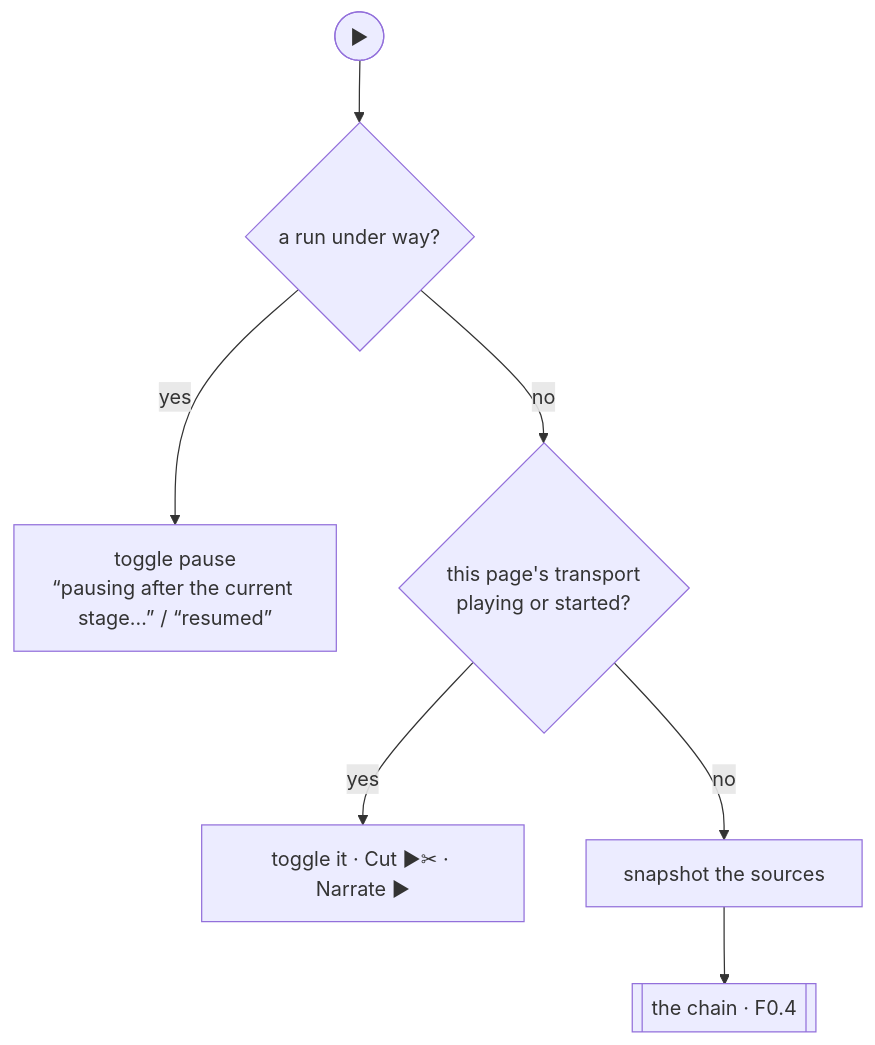
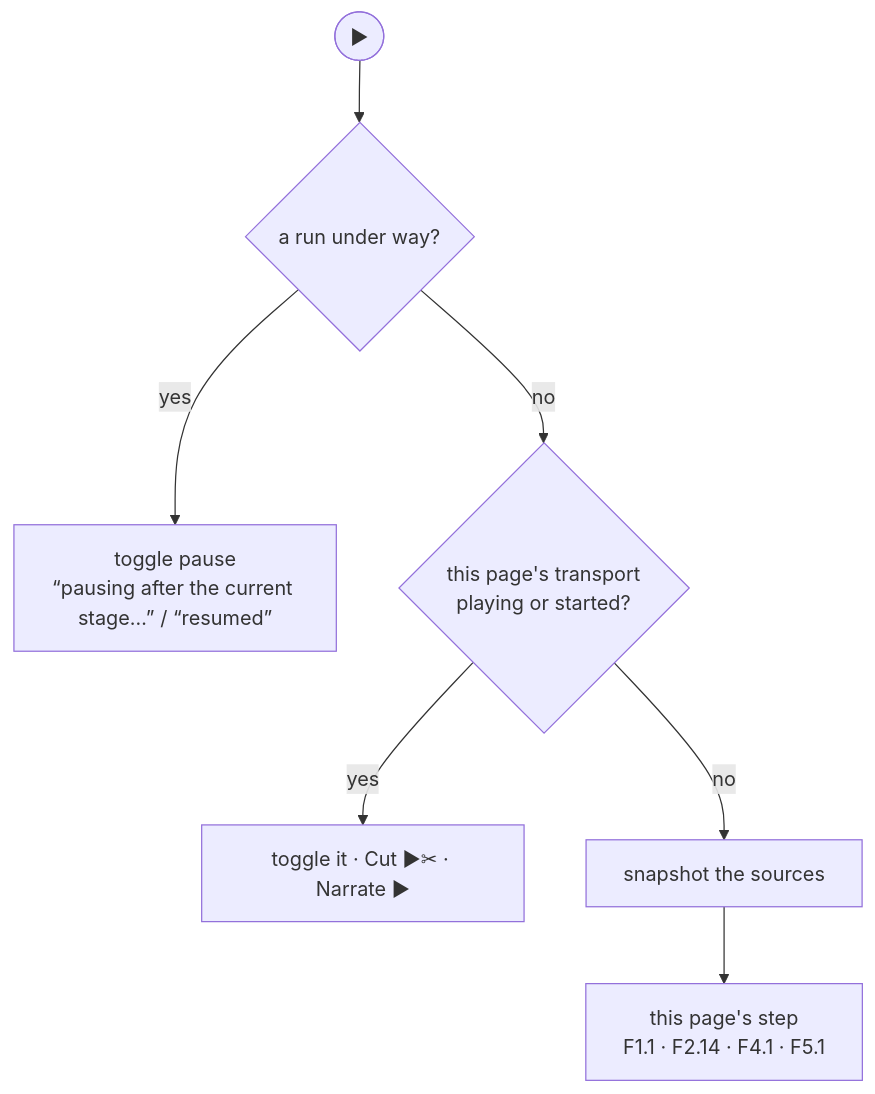
Before and after one commit to tbocek/naivepost: the second of 13 diagrams in spec/03-shell.md, drawn with Mermaid. The commit also changed other lines of this file and 24 other files, not shown here.

````diff
--- a/spec/03-shell.md
+++ b/spec/03-shell.md
@@ -58,10 +64,10 @@
 ```mermaid
 flowchart TD
   A(["▶"]) --> B{"a run under way?"}
   B -- yes --> P["toggle pause<br/>“pausing after the current stage…” / “resumed”"]
   B -- no --> C{"this page's transport<br/>playing or started?"}
   C -- yes --> T["toggle it · Cut ▶✂ · Narrate ▶"]
-  C -- no --> S["snapshot the sources"] --> K[[the chain · F0.4]]
+  C -- no --> S["snapshot the sources"] --> K["this page's step<br/>F1.1 · F2.14 · F4.1 · F5.1"]
   classDef refuse fill:#fde2e1,stroke:#c01c28,color:#1a1a1a
   classDef done fill:#e3f1e6,stroke:#2e7d32,color:#1a1a1a
 ```
````
